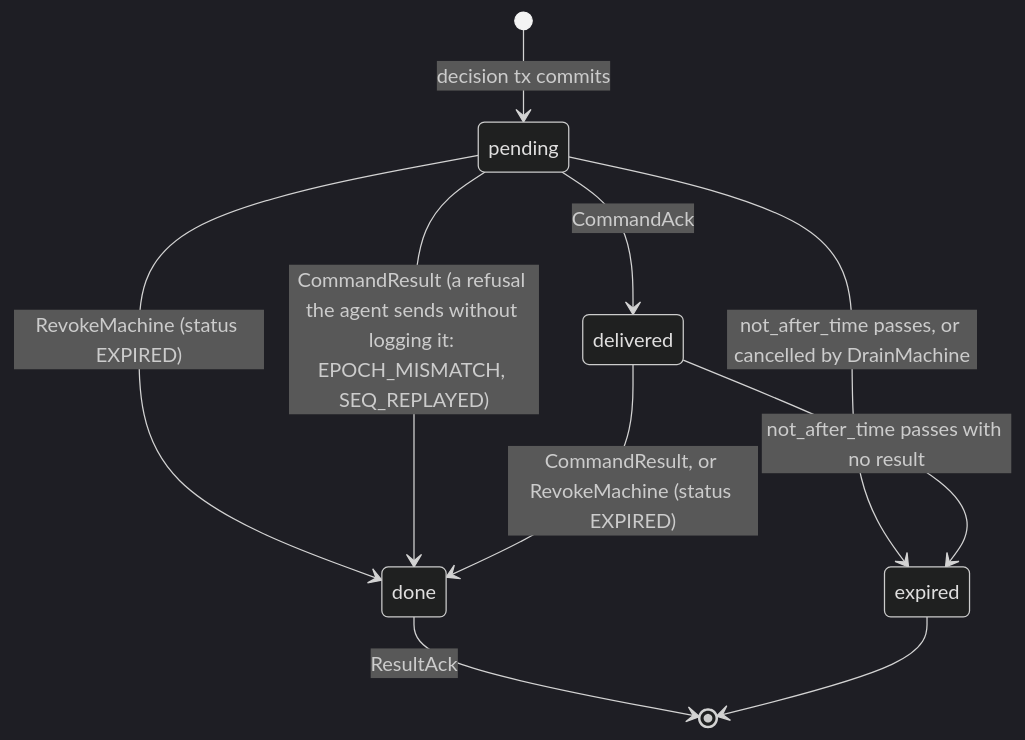
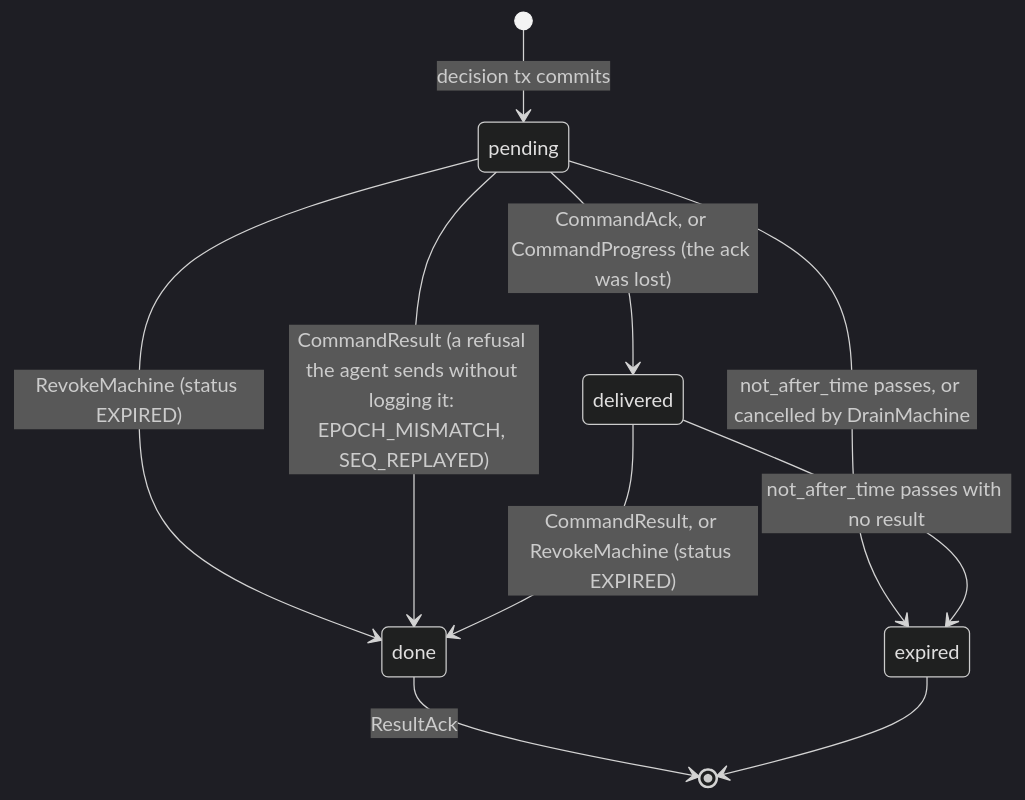
Before and after one commit to linuxdynasty/fleet-board: the third of 3 diagrams in docs/specs/02i-delivery-and-sequencing.md, drawn with Mermaid (dark theme). The commit also changed other lines of this file and 12 other files, not shown here.

````diff
--- a/docs/specs/02i-delivery-and-sequencing.md
+++ b/docs/specs/02i-delivery-and-sequencing.md
@@ -313,12 +313,12 @@
 ```mermaid
 stateDiagram-v2
   [*] --> pending: decision tx commits
-  pending --> delivered: CommandAck
+  pending --> delivered: CommandAck, or CommandProgress (the ack was lost)
   pending --> expired: not_after_time passes, or cancelled by DrainMachine
   pending --> done: RevokeMachine (status EXPIRED)
   pending --> done: CommandResult (a refusal the agent sends without logging it: EPOCH_MISMATCH, SEQ_REPLAYED)
   delivered --> done: CommandResult, or RevokeMachine (status EXPIRED)
   delivered --> expired: not_after_time passes with no result
   done --> [*]: ResultAck
   expired --> [*]
 ```
````
